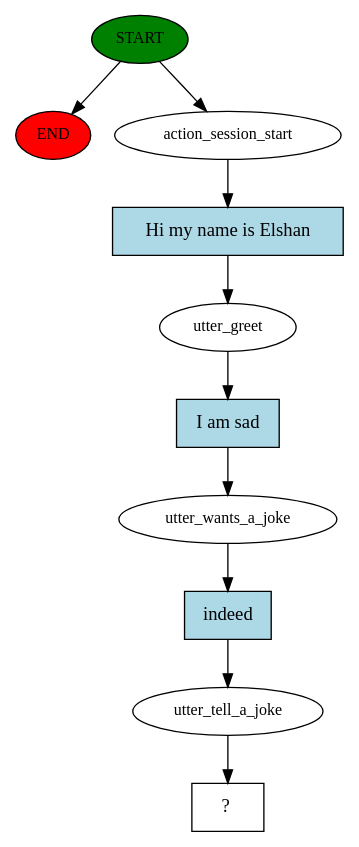
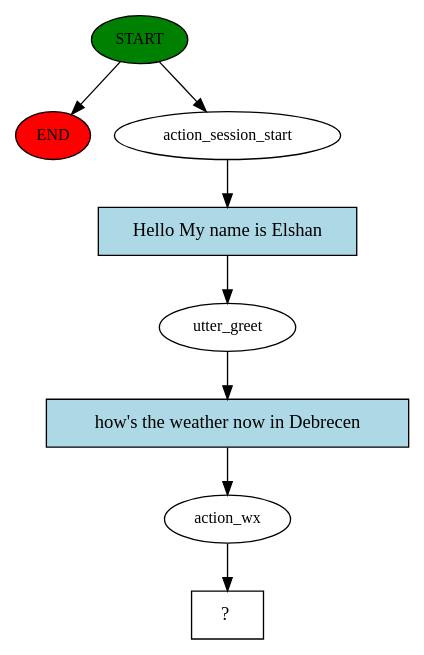
Before and after one commit to BenjaminBaffy/context-aware-personal-assistant: the diagram in backend/assistant_core/story_graph.dot, drawn with Graphviz. The commit also changed 11 other files, not shown here.

```diff
--- a/backend/assistant_core/story_graph.dot
+++ b/backend/assistant_core/story_graph.dot
@@ -1,21 +1,17 @@
 digraph  {
 0 [class="start active", fillcolor=green, fontsize=12, label=START, style=filled];
 "-1" [class=end, fillcolor=red, fontsize=12, label=END, style=filled];
 1 [class=active, fontsize=12, label=action_session_start];
 2 [class=active, fontsize=12, label=utter_greet];
-3 [class=active, fontsize=12, label=utter_wants_a_joke];
-4 [class=active, fontsize=12, label=utter_tell_a_joke];
-5 [class="intent dashed active", label="  ?  ", shape=rect];
-6 [class="intent active", fillcolor=lightblue, label="Hi my name is Elshan", shape=rect, style=filled];
-7 [class="intent active", fillcolor=lightblue, label="I am sad", shape=rect, style=filled];
-8 [class="intent active", fillcolor=lightblue, label=indeed, shape=rect, style=filled];
+3 [class=active, fontsize=12, label=action_wx];
+4 [class="intent dashed active", label="  ?  ", shape=rect];
+5 [class="intent active", fillcolor=lightblue, label="Hello My name is Elshan", shape=rect, style=filled];
+6 [class="intent active", fillcolor=lightblue, label="how's the weather now in Debrecen", shape=rect, style=filled];
 0 -> "-1"  [class="", key=NONE, label=""];
 0 -> 1  [class=active, key=NONE, label=""];
-1 -> 6  [class=active, key=0];
-2 -> 7  [class=active, key=0];
-3 -> 8  [class=active, key=0];
-4 -> 5  [class=active, key=NONE, label=""];
-6 -> 2  [class=active, key=0];
-7 -> 3  [class=active, key=0];
-8 -> 4  [class=active, key=0];
+1 -> 5  [class=active, key=0];
+2 -> 6  [class=active, key=0];
+3 -> 4  [class=active, key=NONE, label=""];
+5 -> 2  [class=active, key=0];
+6 -> 3  [class=active, key=0];
 }
```
